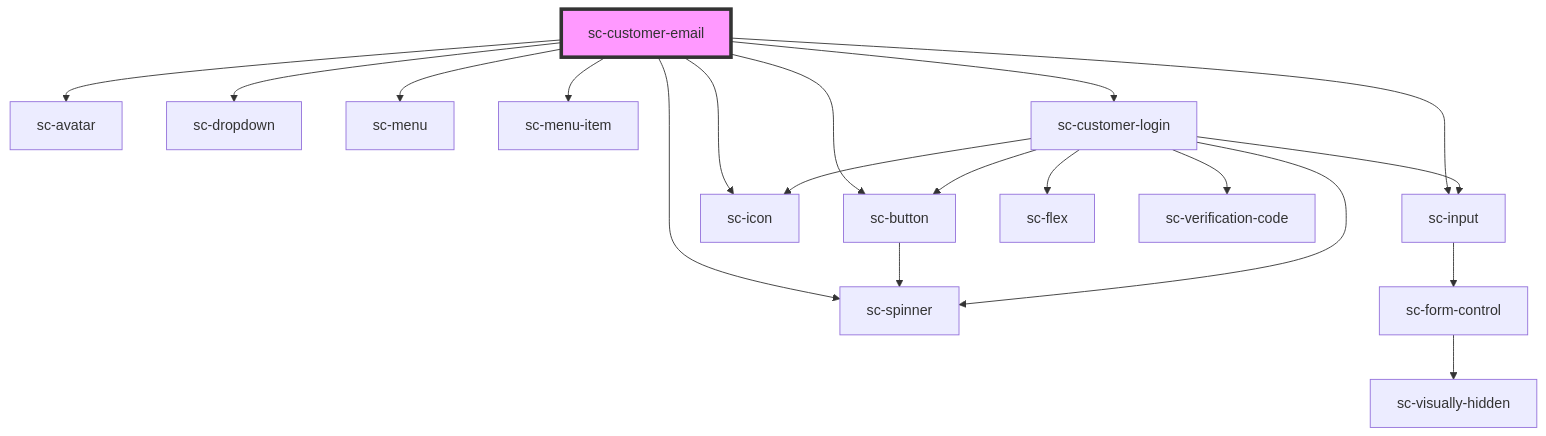
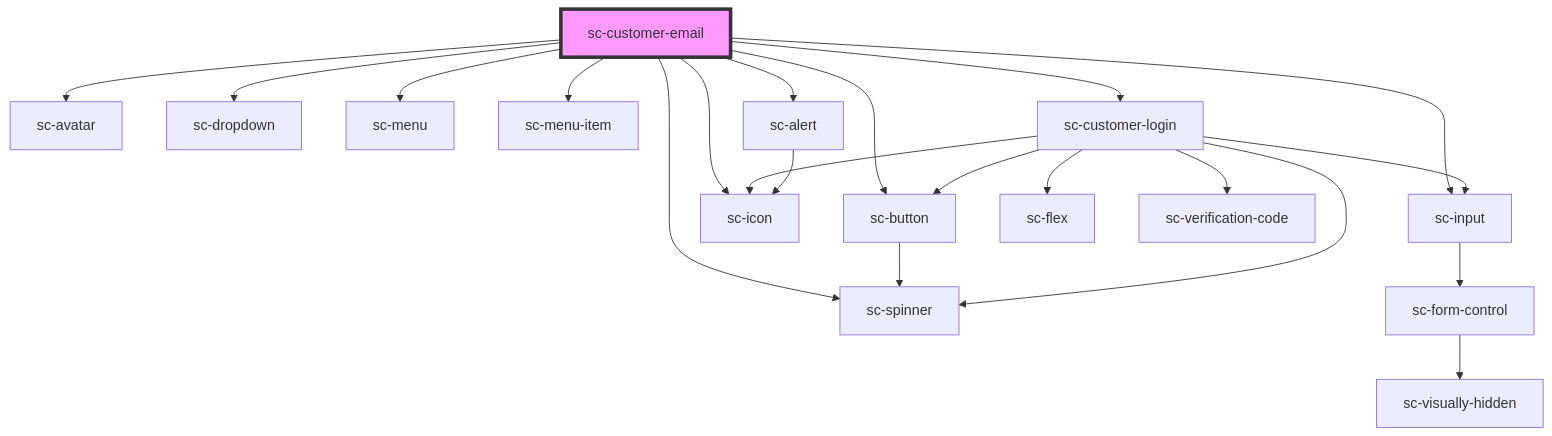
The diagram in packages/components/src/components/controllers/checkout-form/customer-email/readme.md (surecart/surecart-wp-plugin), drawn with Mermaid before and after one commit. The commit also changed other lines of this file and 9 other files, not shown here.

````diff
--- a/packages/components/src/components/controllers/checkout-form/customer-email/readme.md
+++ b/packages/components/src/components/controllers/checkout-form/customer-email/readme.md
@@ -70,22 +71,24 @@
 ```mermaid
 graph TD;
   sc-customer-email --> sc-avatar
   sc-customer-email --> sc-dropdown
   sc-customer-email --> sc-button
   sc-customer-email --> sc-icon
   sc-customer-email --> sc-menu
   sc-customer-email --> sc-menu-item
   sc-customer-email --> sc-customer-login
   sc-customer-email --> sc-input
   sc-customer-email --> sc-spinner
+  sc-customer-email --> sc-alert
   sc-button --> sc-spinner
   sc-customer-login --> sc-icon
   sc-customer-login --> sc-flex
   sc-customer-login --> sc-input
   sc-customer-login --> sc-button
   sc-customer-login --> sc-verification-code
   sc-customer-login --> sc-spinner
   sc-input --> sc-form-control
   sc-form-control --> sc-visually-hidden
+  sc-alert --> sc-icon
   style sc-customer-email fill:#f9f,stroke:#333,stroke-width:4px
 ```
````
